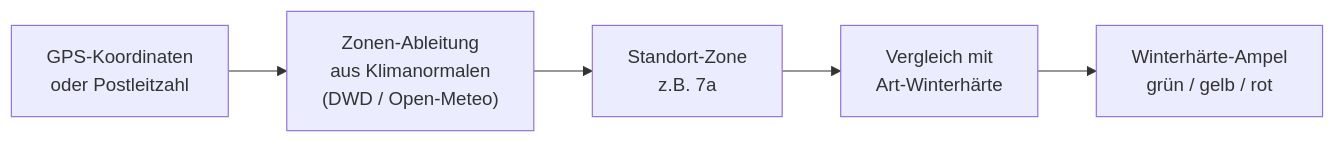
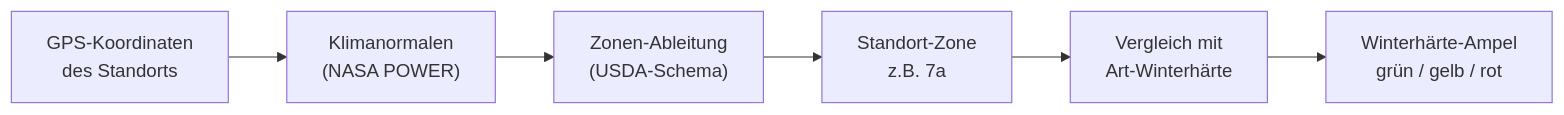
The diagram in docs/de/guides/climate-zones.md (nolte/kamerplanter), drawn with Mermaid before and after one commit. The commit also changed other lines of this file and 9 other files, not shown here.

````diff
--- a/docs/de/guides/climate-zones.md
+++ b/docs/de/guides/climate-zones.md
@@ -29,7 +23,8 @@
 ```mermaid
 flowchart LR
-    G["GPS-Koordinaten<br/>oder Postleitzahl"] --> R["Zonen-Ableitung<br/>aus Klimanormalen<br/>(DWD / Open-Meteo)"]
+    G["GPS-Koordinaten<br/>des Standorts"] --> N["Klimanormalen<br/>(NASA POWER)"]
+    N --> R["Zonen-Ableitung<br/>(USDA-Schema)"]
     R --> Z["Standort-Zone<br/>z.B. 7a"]
     Z --> V["Vergleich mit<br/>Art-Winterhärte"]
     V --> A["Winterhärte-Ampel<br/>grün / gelb / rot"]
 ```
````
